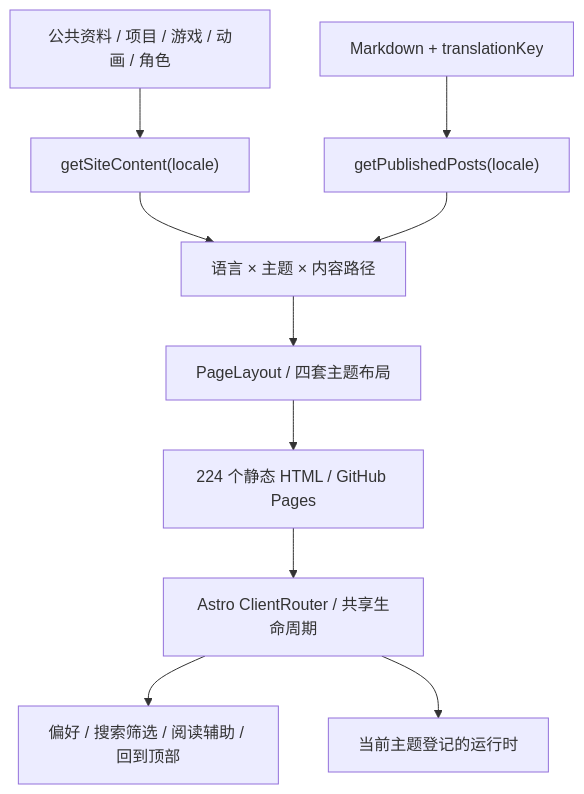
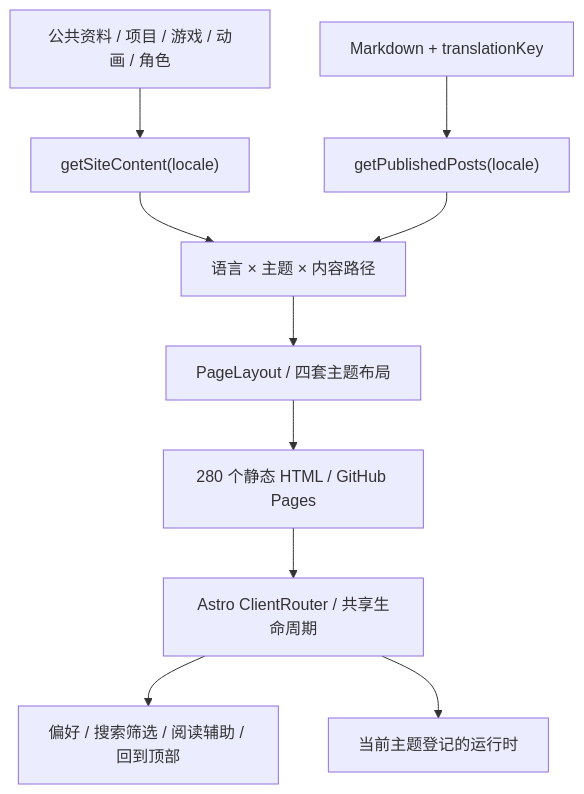
Before and after one commit to laozhej/laozhej.github.io: the diagram in showcase/README.md, drawn with Mermaid. The commit also changed other lines of this file and 12 other files, not shown here.

````diff
--- a/showcase/README.md
+++ b/showcase/README.md
@@ -43,12 +43,12 @@
 ```mermaid
 flowchart TB
     Data["公共资料 / 项目 / 游戏 / 动画 / 角色"] --> Content["getSiteContent(locale)"]
     Markdown["Markdown + translationKey"] --> Posts["getPublishedPosts(locale)"]
     Content --> Routes["语言 × 主题 × 内容路径"]
     Posts --> Routes
     Routes --> Layout["PageLayout / 四套主题布局"]
-    Layout --> HTML["224 个静态 HTML / GitHub Pages"]
+    Layout --> HTML["280 个静态 HTML / GitHub Pages"]
     HTML --> Navigation["Astro ClientRouter / 共享生命周期"]
     Navigation --> Features["偏好 / 搜索筛选 / 阅读辅助 / 回到顶部"]
     Navigation --> Runtime["当前主题登记的运行时"]
 ```
````
